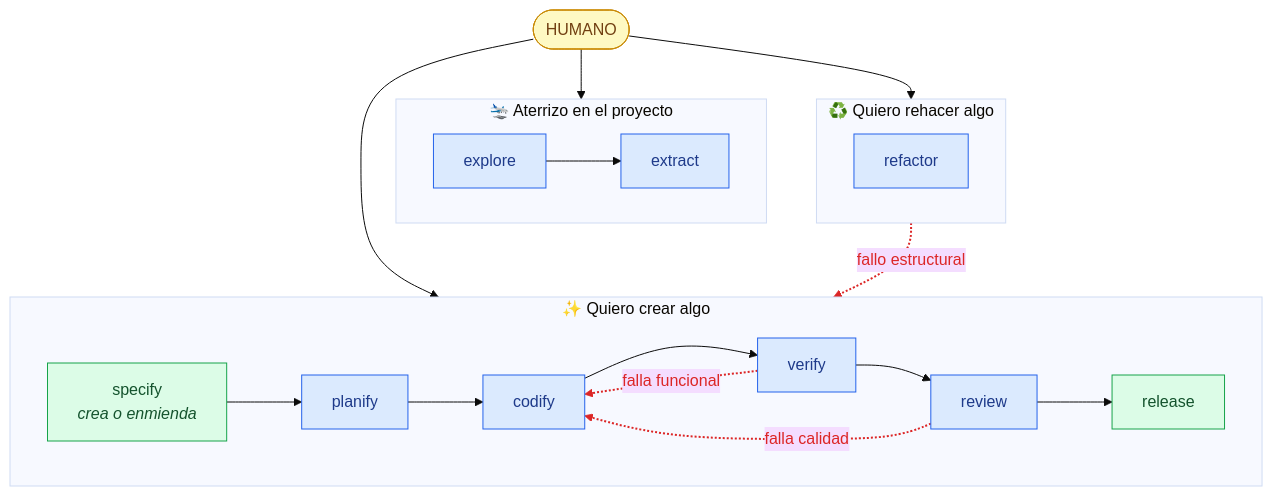
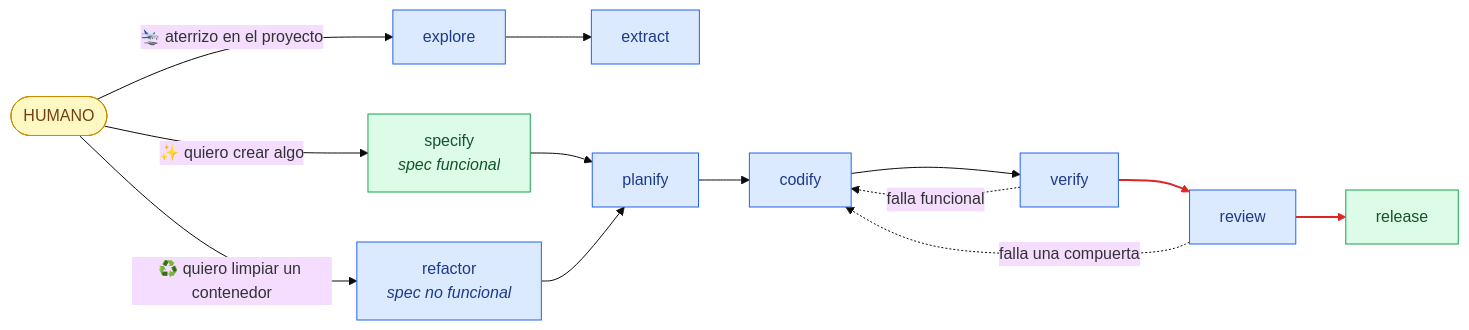
One commit to AIDDbot/AIDDbot changed the diagram in docs/flujo-de-artefactos.md. Above: the diagram before and after it, drawn with Mermaid (base theme). The commit also changed other lines of this file and 1 other file, not shown here.

Commit message:
docs: recast the pipeline diagrams on two doors converging at planify
The Spanish flow diagram drew /refactor as a dotted red loop into /planify, as if it
were a failure re-entering the pipeline; the English pipeline diagram drew a single
door. Both now show /specify and /refactor as peer entry doors converging at /planify,
with the two report loops returning to /codify.

- docs/flujo-de-artefactos.md: new diagram + the read-at-a-glance bullets it implies.
- docs/AIDD.workflow.md: /refactor added to the pipeline and to the spec lifecycle;
  noted that the amend edges belong to functional specs only.

````diff
--- a/docs/flujo-de-artefactos.md
+++ b/docs/flujo-de-artefactos.md
@@ -10,33 +10,23 @@
 ```mermaid
-flowchart TB
+flowchart LR
   classDef neg fill:#dcfce7,stroke:#16a34a,color:#14532d
   classDef tec fill:#dbeafe,stroke:#2563eb,color:#1e3a8a
   classDef hum fill:#fef9c3,stroke:#ca8a04,color:#713f12
 
   HUM([HUMANO]):::hum
 
-  subgraph S1["🛬 Aterrizo en el proyecto"]
-    direction LR
-    EXP[explore]:::tec --> EXT[extract]:::tec
-  end
+  EXP[explore]:::tec --> EXT[extract]:::tec
+  HUM -->|"🛬 aterrizo en el proyecto"| EXP
 
-  subgraph S2["✨ Quiero crear algo"]
-    direction LR
-    SPC["specify<br/><i>crea o enmienda</i>"]:::neg --> PLN[planify]:::tec --> COD[codify]:::tec --> VER[verify]:::tec --> REV[review]:::tec --> REL[release]:::neg
-  end
+  HUM -->|"✨ quiero crear algo"| SPC["specify<br/><i>spec funcional</i>"]:::neg
+  HUM -->|"♻️ quiero limpiar un contenedor"| REF["refactor<br/><i>spec no funcional</i>"]:::tec
 
-  subgraph S3["♻️ Quiero rehacer algo"]
-    direction LR
-    REF[refactor]:::tec
-  end
+  SPC --> PLN[planify]:::tec
+  REF --> PLN
+  PLN --> COD[codify]:::tec --> VER[verify]:::tec --> REV[review]:::tec --> REL[release]:::neg
 
-  HUM --> S1
-  HUM --> S2
-  HUM --> S3
+  VER -.->|"falla funcional"| COD
+  REV -.->|"falla una compuerta"| COD
 
-  VER -.->|falla funcional| COD
-  REV -.->|falla calidad| COD
-  REF -.->|fallo estructural| PLN
-
-  linkStyle 9,10,11 stroke:#dc2626,color:#dc2626,stroke-width:2px
+  linkStyle 8,9 stroke:#dc2626,color:#dc2626,stroke-width:2px
 ```
````
